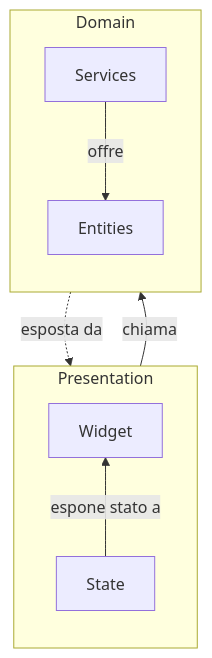
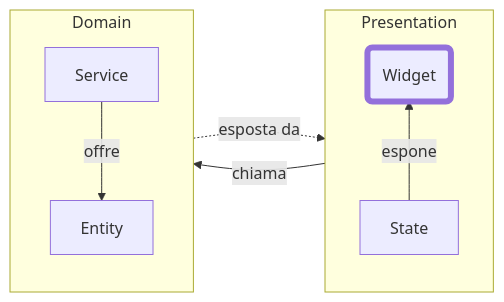
The diagram in pages/architecture/3.4_scheme_presentation.md (lucavenir/riverpod_architecture_presentation), drawn with Mermaid before and after one commit. The commit also changed 2 other files, not shown here.

Commit message:
Data layer and some fixes

````diff
--- a/pages/architecture/3.4_scheme_presentation.md
+++ b/pages/architecture/3.4_scheme_presentation.md
@@ -9,13 +9,14 @@
 ```mermaid
-flowchart TB
+flowchart LR
   subgraph Presentation
     direction BT
-      State -- espone stato a --> Widget
+      State -- espone --> id1(Widget)
   end
-  State -- chiama --> Services
-  Entities -. esposta da .-> State
+  State -- chiama --> Service
+  Entity -. esposta da .-> State
   subgraph Domain
     direction TB
-      Services -- offre --> Entities
+      Service -- offre --> Entity
   end
+  style id1 stroke-width:6px
 ```
````
